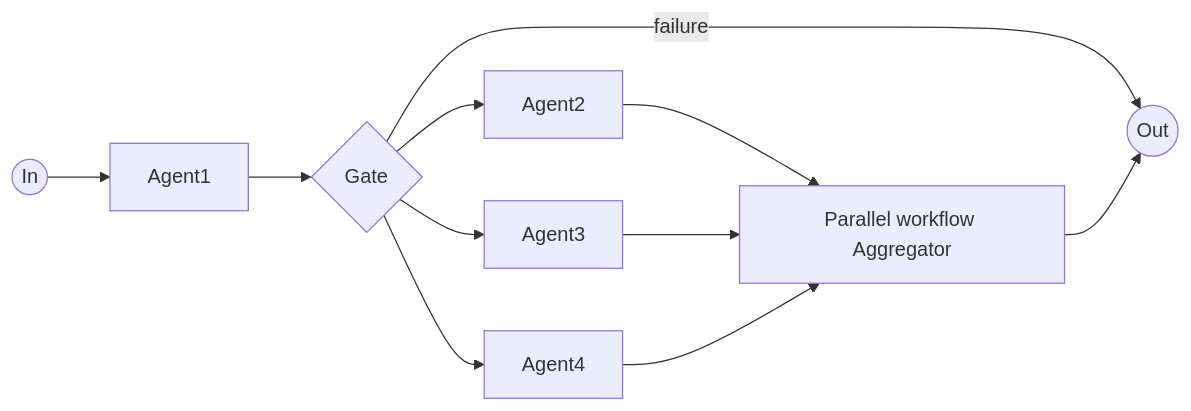
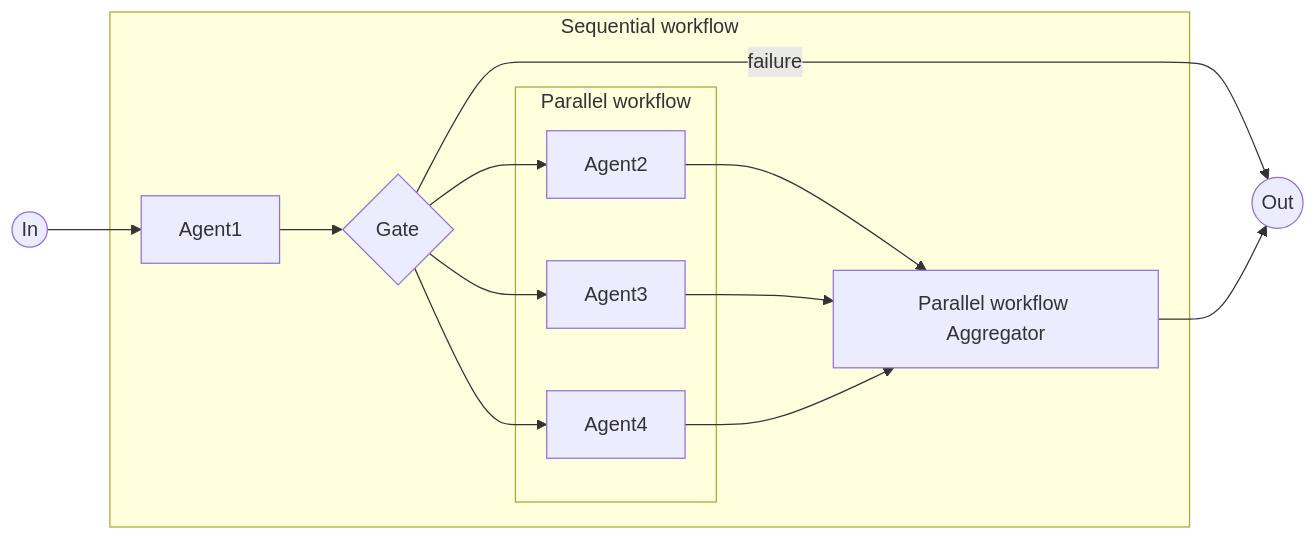
One commit to rootstrap/mars changed the diagram in examples/complex_llm_workflow/diagram.md. Above: the diagram before and after it, drawn with Mermaid. The commit also changed 10 other files, not shown here.

````diff
--- a/examples/complex_llm_workflow/diagram.md
+++ b/examples/complex_llm_workflow/diagram.md
@@ -1,21 +1,32 @@
 ```mermaid
 flowchart LR
 in((In))
 out((Out))
 agent1[Agent1]
 gate{Gate}
 parallel_workflow_aggregator[Parallel workflow Aggregator]
 agent2[Agent2]
 agent3[Agent3]
 agent4[Agent4]
+subgraph parallel_workflow["Parallel workflow"]
+  agent2
+  agent3
+  agent4
+end
+subgraph sequential_workflow["Sequential workflow"]
+  agent1
+  gate
+  parallel_workflow
+  parallel_workflow_aggregator
+end
 in --> agent1
 agent1 --> gate
 gate -->|failure| out
 gate --> agent2
 gate --> agent3
 gate --> agent4
 agent2 --> parallel_workflow_aggregator
 parallel_workflow_aggregator --> out
 agent3 --> parallel_workflow_aggregator
 agent4 --> parallel_workflow_aggregator
 ```
````
